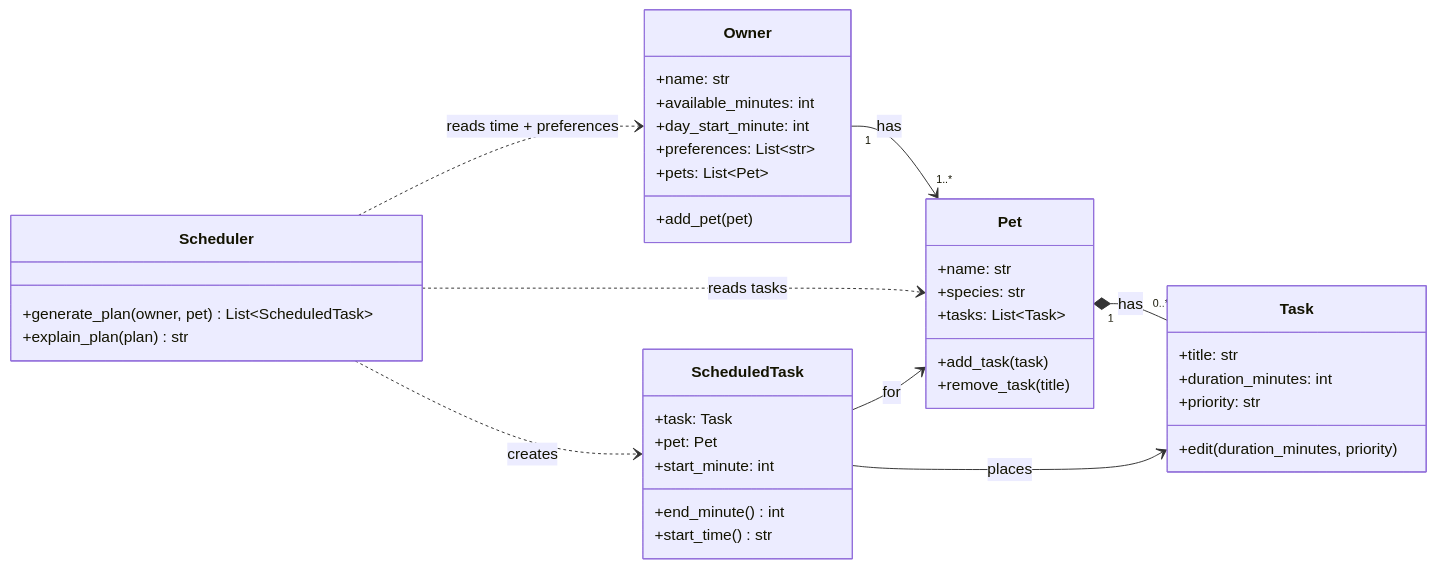
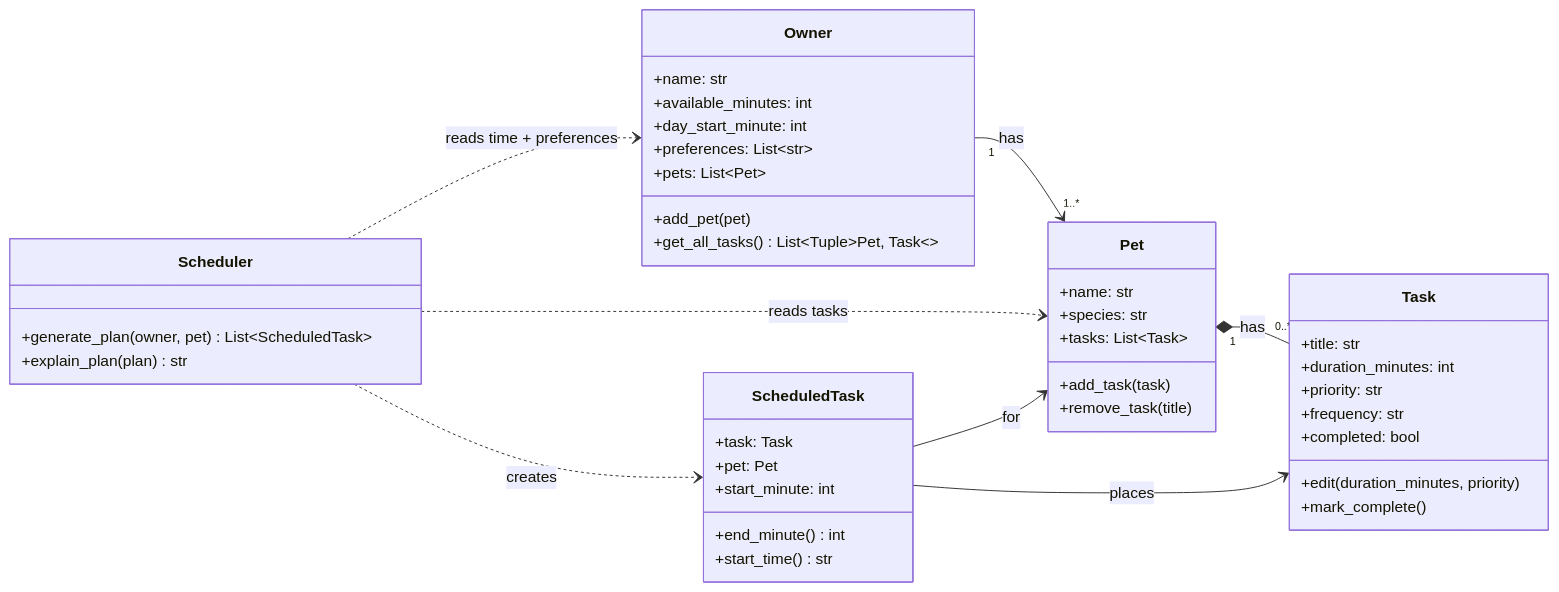
One commit to Adoniaskidane/ai110-module2show-pawpal-starter changed the diagram in diagrams/uml_draft.mmd. Above: the diagram before and after it, drawn with Mermaid. The commit also changed 5 other files, not shown here.

```diff
--- a/diagrams/uml_draft.mmd
+++ b/diagrams/uml_draft.mmd
@@ -1,47 +1,51 @@
 classDiagram
     direction LR
 
     class Owner {
         +name: str
         +available_minutes: int
         +day_start_minute: int
         +preferences: List~str~
         +pets: List~Pet~
         +add_pet(pet)
+        +get_all_tasks() List~Tuple~Pet, Task~~
     }
 
     class Pet {
         +name: str
         +species: str
         +tasks: List~Task~
         +add_task(task)
         +remove_task(title)
     }
 
     class Task {
         +title: str
         +duration_minutes: int
         +priority: str
+        +frequency: str
+        +completed: bool
         +edit(duration_minutes, priority)
+        +mark_complete()
     }
 
     class ScheduledTask {
         +task: Task
         +pet: Pet
         +start_minute: int
         +end_minute() int
         +start_time() str
     }
 
     class Scheduler {
         +generate_plan(owner, pet) List~ScheduledTask~
         +explain_plan(plan) str
     }
 
     Owner "1" --> "1..*" Pet : has
     Pet "1" *-- "0..*" Task : has
     Scheduler ..> Owner : reads time + preferences
     Scheduler ..> Pet : reads tasks
     Scheduler ..> ScheduledTask : creates
     ScheduledTask --> Task : places
     ScheduledTask --> Pet : for
```
